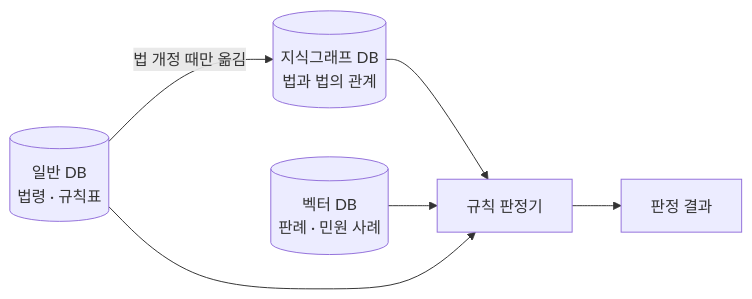
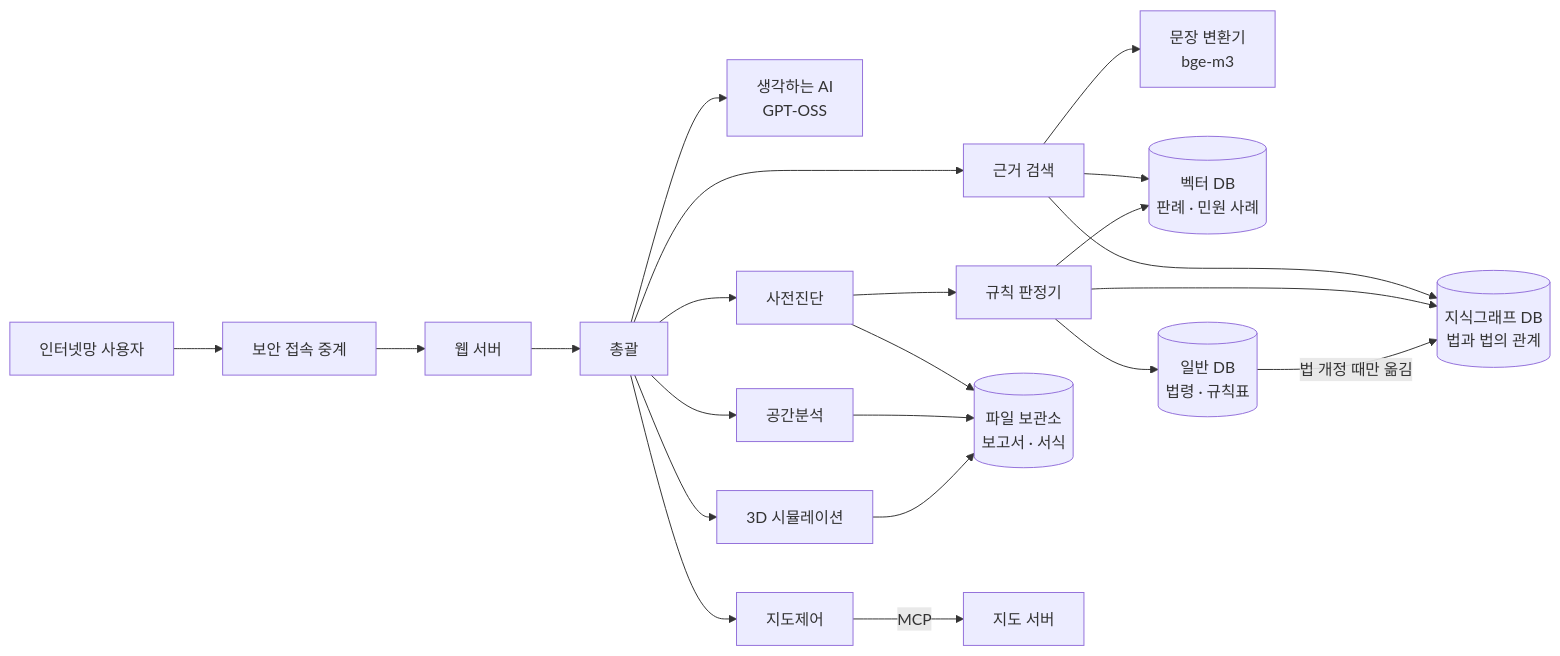
One commit to madlrengg100/permit-copilot changed the fourth of 5 diagrams in docs/MCP-AGENT-SEQUENCE.md. Above: the diagram before and after it, drawn with Mermaid. The commit also changed other lines of this file, not shown here.

Commit message:
Flatten deployment diagram: remove server grouping boxes

````diff
--- a/docs/MCP-AGENT-SEQUENCE.md
+++ b/docs/MCP-AGENT-SEQUENCE.md
@@ -226,8 +226,29 @@
 ```mermaid
 flowchart LR
-    RDB[("일반 DB<br/>법령 · 규칙표")] -->|법 개정 때만 옮김| GDB[("지식그래프 DB<br/>법과 법의 관계")]
-    GDB --> RE["규칙 판정기"]
-    VDB[("벡터 DB<br/>판례 · 민원 사례")] --> RE
-    RDB --> RE
-    RE --> OUT["판정 결과"]
+    U["인터넷망 사용자"] --> RP["보안 접속 중계"]
+    RP --> WAS["웹 서버"]
+    WAS --> BOSS["총괄"]
+
+    BOSS --> INF["생각하는 AI<br/>GPT-OSS"]
+    BOSS --> RAG["근거 검색"]
+    BOSS --> A1["사전진단"]
+    BOSS --> A2["지도제어"]
+    BOSS --> A3["공간분석"]
+    BOSS --> A4["3D 시뮬레이션"]
+
+    RAG --> EMB["문장 변환기<br/>bge-m3"]
+    RAG --> VDB[("벡터 DB<br/>판례 · 민원 사례")]
+    RAG --> GDB[("지식그래프 DB<br/>법과 법의 관계")]
+
+    A1 --> RE["규칙 판정기"]
+    RE --> RDB[("일반 DB<br/>법령 · 규칙표")]
+    RE --> GDB
+    RE --> VDB
+
+    RDB -->|법 개정 때만 옮김| GDB
+
+    A1 --> OBJ[("파일 보관소<br/>보고서 · 서식")]
+    A3 --> OBJ
+    A4 --> OBJ
+    A2 -->|MCP| MAP["지도 서버"]
 ```
````
